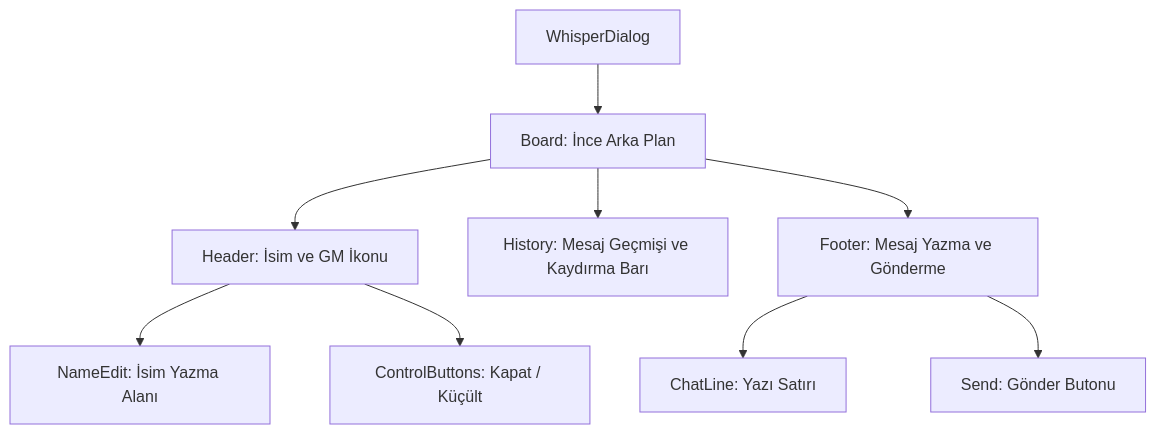
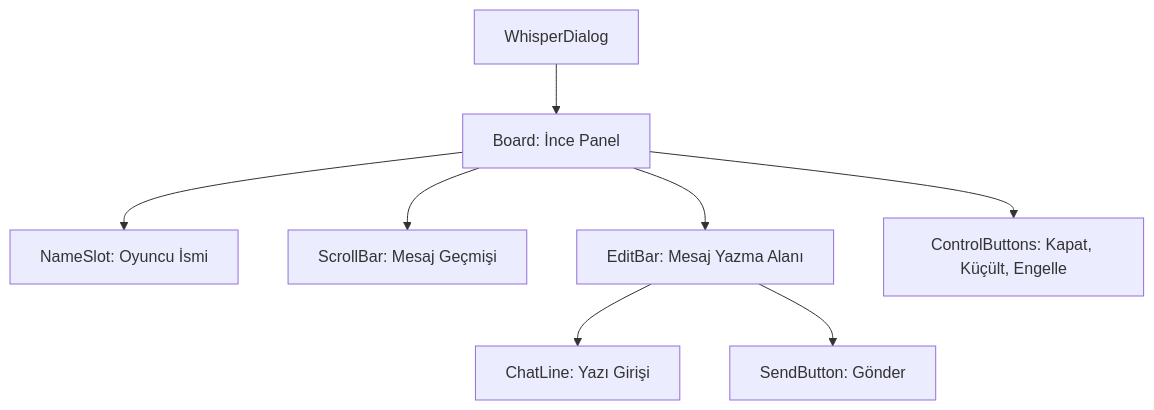
Before and after one commit to Engin622/Metin2-Pack-Agent-Skills: the diagram in uiscript/whisperdialog/skills.md, drawn with Mermaid. The commit also changed other lines of this file and 4 other files, not shown here.

````diff
--- a/uiscript/whisperdialog/skills.md
+++ b/uiscript/whisperdialog/skills.md
@@ -45,11 +38,10 @@
 ```mermaid
 graph TD
-    A[WhisperDialog] --> B[Board: İnce Arka Plan]
-    B --> C[Header: İsim ve GM İkonu]
-    C --> C1[NameEdit: İsim Yazma Alanı]
-    C --> C2[ControlButtons: Kapat / Küçült]
-    B --> D[History: Mesaj Geçmişi ve Kaydırma Barı]
-    B --> E[Footer: Mesaj Yazma ve Gönderme]
-    E --> E1[ChatLine: Yazı Satırı]
-    E --> E2[Send: Gönder Butonu]
+    A[WhisperDialog] --> B[Board: İnce Panel]
+    B --> C[NameSlot: Oyuncu İsmi]
+    B --> D[ScrollBar: Mesaj Geçmişi]
+    B --> E[EditBar: Mesaj Yazma Alanı]
+    E --> E1[ChatLine: Yazı Girişi]
+    E --> E2[SendButton: Gönder]
+    B --> F[ControlButtons: Kapat, Küçült, Engelle]
 ```
````
